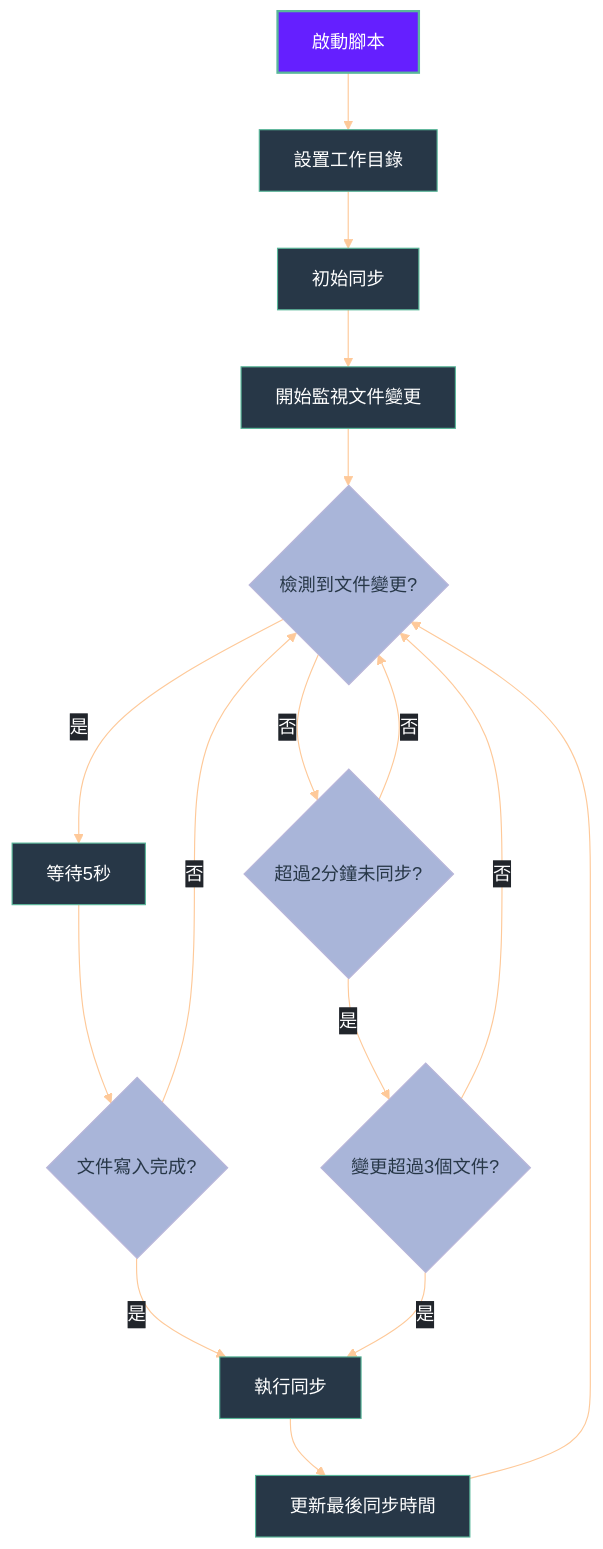
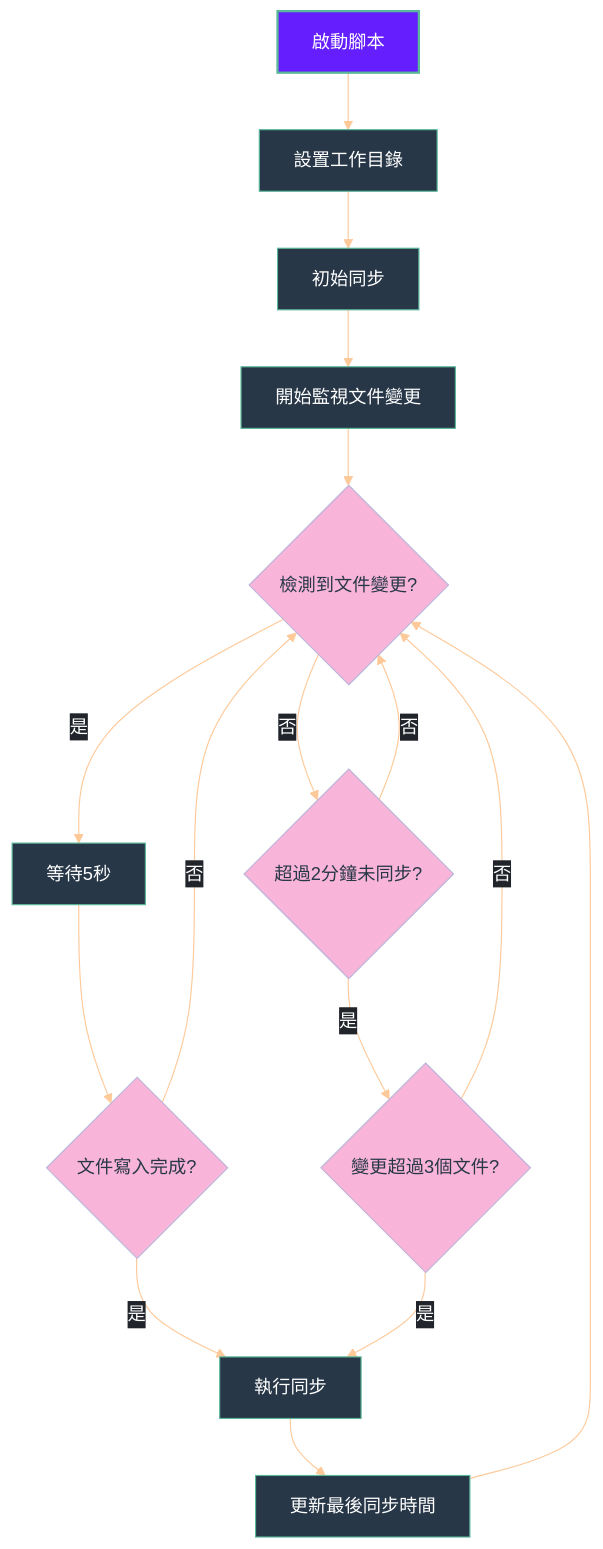
The second of 2 diagrams in Logseq同步方案演進記錄.md (GengGeng026/Sync-Logseq), drawn with Mermaid before and after one commit.

Commit message:
Auto-sync: Wed Mar 26 10:19:19 +08 2025

````diff
--- a/Logseq同步方案演進記錄.md
+++ b/Logseq同步方案演進記錄.md
@@ -375,52 +375,52 @@
 ```mermaid
 %%{init: {
   'theme': 'base', 
   'themeVariables': {
     'primaryColor': '#19E9D9',
     'primaryTextColor': '#FFFFFF',
     'primaryBorderColor': '#59B79A',
     'lineColor': '#FEC999',
     'secondaryColor': '#FFCB6B',
     'tertiaryColor': '#F07178',
     'background': 'transparent',
     'textColor': '#EEFFFF',
     'mainBkg': '#273747',
     'nodeBorder': '#59B79A',
     'clusterBkg': 'transparent',
     'edgeLabelBackground': '#21252B'
   },
   'flowchart': {
     'curve': 'basis',
     'nodeSpacing': 50,
     'rankSpacing': 50,
     'padding': 15
   }
 }}%%
 flowchart TD
     %% 節點樣式優化
     classDef start fill:#651FFF,stroke:#59B79A,color:#FFFFFF,stroke-width:2px;
     classDef process fill:#19E9D,stroke:#59B79A,color:#FFFFFF,stroke-width:1px;
-    classDef condition fill:#A9B5D9,stroke:#B9B5D9,color:#273747,stroke-width:1px,shape:diamond;
+    classDef condition fill:#F9B5D9,stroke:#B9B5D9,color:#273747,stroke-width:1px,shape:diamond;
     classDef action fill:#F07178,stroke:#59B79A,color:#FFFFFF,stroke-width:1px;
     
     A[啟動腳本] --> B[設置工作目錄]
     B --> C[初始同步]
     C --> D[開始監視文件變更]
     D --> E{檢測到文件變更?}
     E -->|是| F[等待5秒]
     F --> G{文件寫入完成?}
     G -->|是| H[執行同步]
     G -->|否| E
     E -->|否| I{超過2分鐘未同步?}
     I -->|是| J{變更超過3個文件?}
     J -->|是| H
     J -->|否| E
     I -->|否| E
     H --> K[更新最後同步時間]
     K --> E
     
     %% 應用樣式
     class A start;
     class B,C,D,F,H,K process;
     class E,G,I,J condition;
 ```
````
